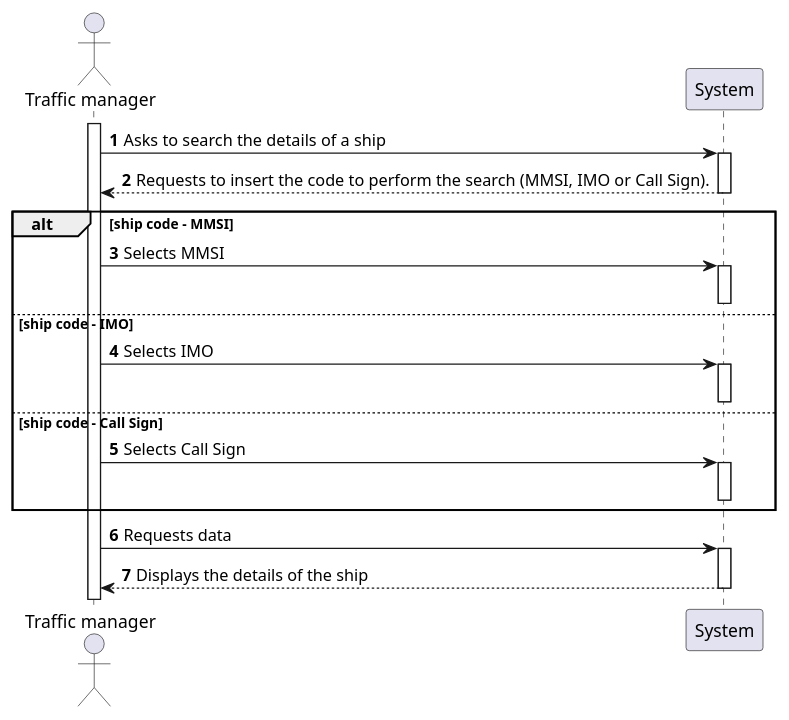
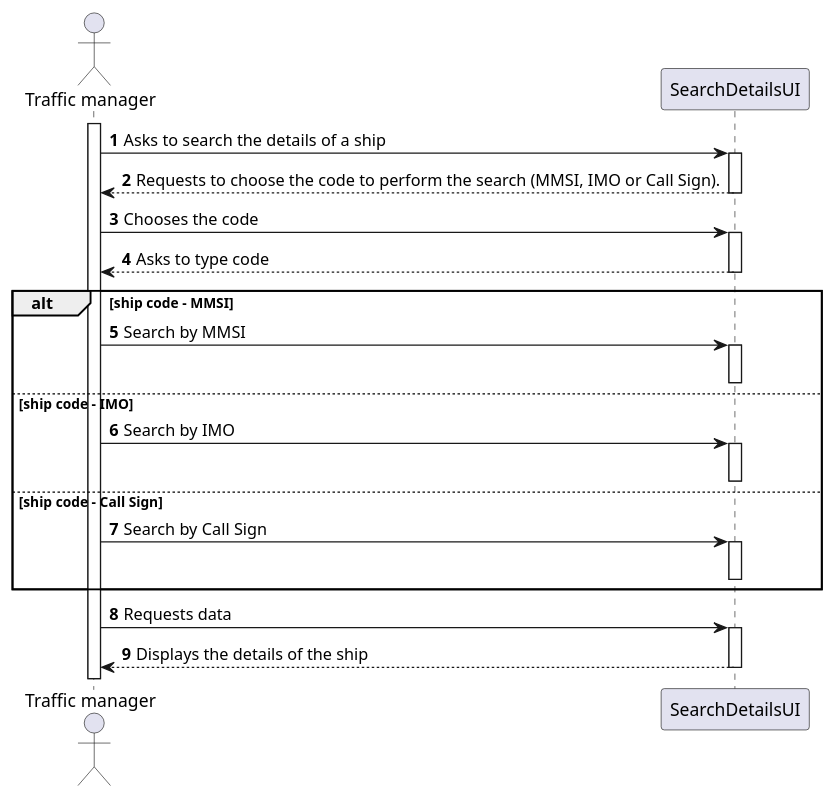
One commit to 0franciscor/lapr3-2021-g042 changed the diagram in docs/US102/US102_SSD.puml. Above: the diagram before and after it, drawn with PlantUML.

Commit message:
G42-66 #time 40min #comment Analysis - US102 System Sequence Diagram

```diff
--- a/docs/US102/US102_SSD.puml
+++ b/docs/US102/US102_SSD.puml
@@ -1,34 +1,39 @@
 @startuml
 autonumber
 
 actor "Traffic manager" as manager
-participant "System" as system
+participant "SearchDetailsUI" as sdUI
+
 activate manager
+manager -> sdUI : Asks to search the details of a ship
+activate sdUI
+sdUI --> manager : Requests to choose the code to perform the search (MMSI, IMO or Call Sign).
+deactivate sdUI
 
-manager -> system : Asks to search the details of a ship
-activate system
-system --> manager : Requests to insert the code to perform the search (MMSI, IMO or Call Sign).
-deactivate system
-
+manager -> sdUI : Chooses the code
+activate sdUI
+sdUI --> manager : Asks to type code
+deactivate sdUI
 
 alt ship code - MMSI
-manager -> system  : Selects MMSI
-activate system
-deactivate system
+manager -> sdUI  : Search by MMSI
+activate sdUI
+deactivate sdUI
 else ship code - IMO
-manager -> system  : Selects IMO
-activate system
-deactivate system
+manager -> sdUI  : Search by IMO
+activate sdUI
+deactivate sdUI
 else ship code - Call Sign
-manager -> system : Selects Call Sign
-activate system
-deactivate system
+manager -> sdUI : Search by Call Sign
+activate sdUI
+deactivate sdUI
 end
 
 
-manager -> system : Requests data
-activate system
-system --> manager : Displays the details of the ship
-deactivate system
+manager -> sdUI : Requests data
+activate sdUI
+
+sdUI --> manager : Displays the details of the ship
+deactivate sdUI
 
 @enduml
```
